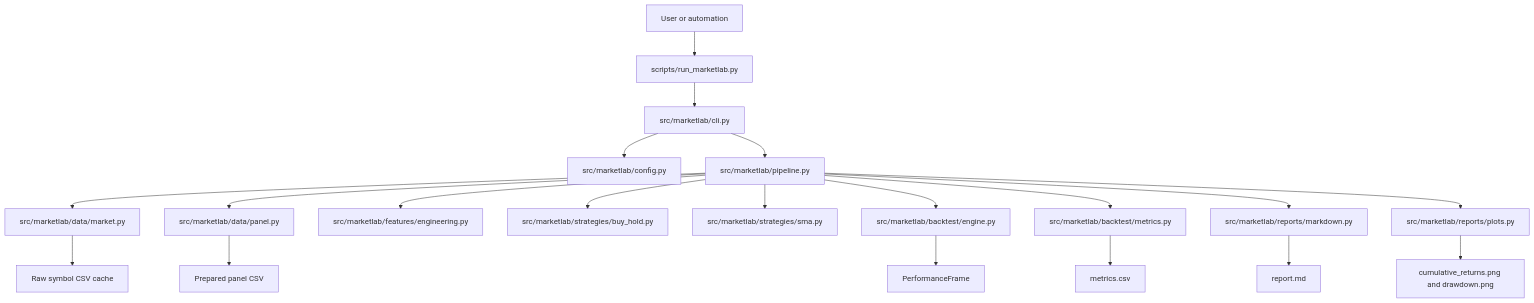
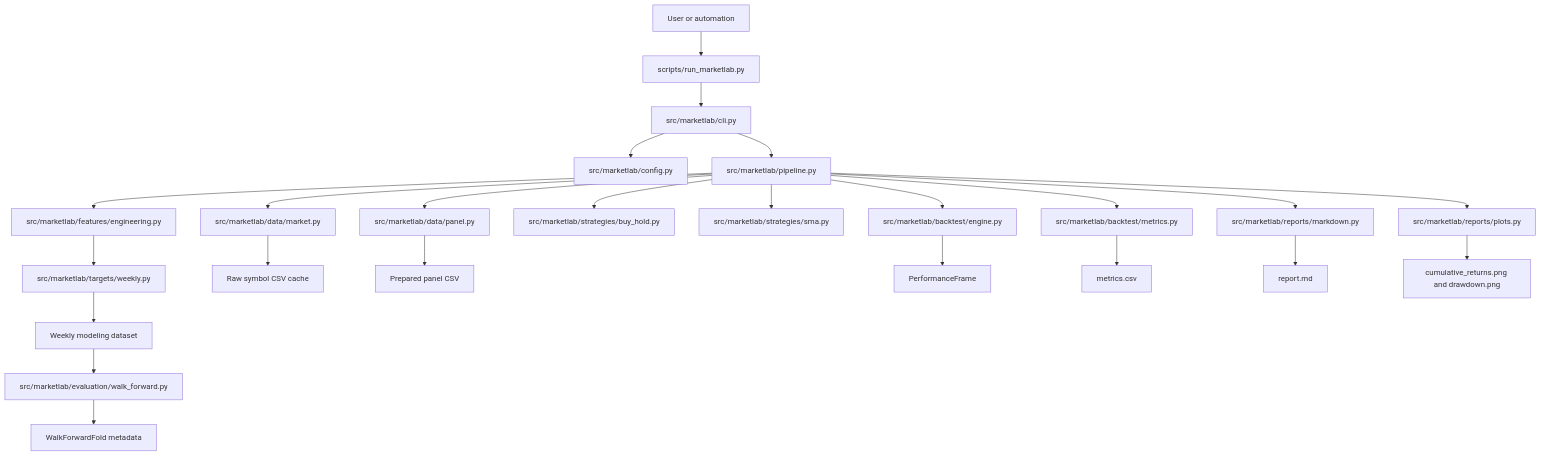
Before and after one commit to ricardogr07/market-lab: the first of 3 diagrams in ARCHITECTURE.md, drawn with Mermaid. The commit also changed other lines of this file, not shown here.

Commit message:
docs: update architecture for walk-forward evaluation

````diff
--- a/ARCHITECTURE.md
+++ b/ARCHITECTURE.md
@@ -37,24 +38,28 @@
 ```mermaid
 flowchart TD
     User[User or automation] --> Launcher[scripts/run_marketlab.py]
     Launcher --> CLI[src/marketlab/cli.py]
     CLI --> Config[src/marketlab/config.py]
     CLI --> Pipeline[src/marketlab/pipeline.py]
 
     Pipeline --> Market[src/marketlab/data/market.py]
     Pipeline --> Panel[src/marketlab/data/panel.py]
     Pipeline --> Features[src/marketlab/features/engineering.py]
+    Features --> Targets[src/marketlab/targets/weekly.py]
+    Targets --> ModelingDataset[Weekly modeling dataset]
+    ModelingDataset --> Evaluation[src/marketlab/evaluation/walk_forward.py]
     Pipeline --> BuyHold[src/marketlab/strategies/buy_hold.py]
     Pipeline --> SMA[src/marketlab/strategies/sma.py]
     Pipeline --> Engine[src/marketlab/backtest/engine.py]
     Pipeline --> Metrics[src/marketlab/backtest/metrics.py]
     Pipeline --> Markdown[src/marketlab/reports/markdown.py]
     Pipeline --> Plots[src/marketlab/reports/plots.py]
 
     Market --> RawCache[Raw symbol CSV cache]
     Panel --> PreparedPanel[Prepared panel CSV]
     Engine --> Performance[PerformanceFrame]
+    Evaluation --> FoldDefs[WalkForwardFold metadata]
     Metrics --> MetricsCsv[metrics.csv]
     Markdown --> ReportMd[report.md]
     Plots --> PlotFiles[cumulative_returns.png and drawdown.png]
 ```
````
